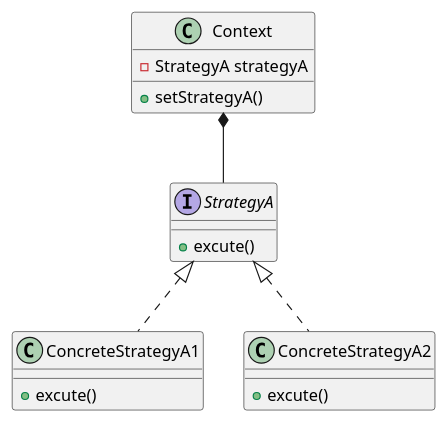
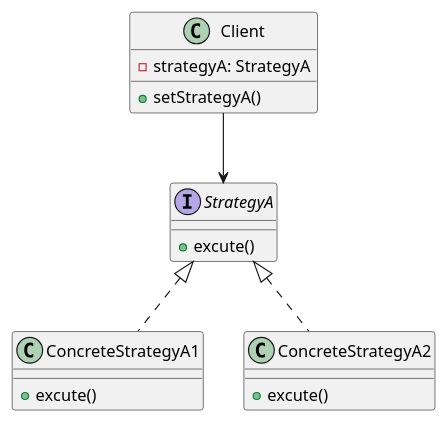
Before and after one commit to vomvoru/vomvoru.github.io: the second of 4 diagrams in _posts/blog/2017-05-17-strategy-pattern.md, drawn with PlantUML. The commit also changed other lines of this file and 2 other files, not shown here.

````diff
--- a/_posts/blog/2017-05-17-strategy-pattern.md
+++ b/_posts/blog/2017-05-17-strategy-pattern.md
@@ -53,22 +54,23 @@
 ```plantuml
-class Context{
-    - StrategyA strategyA
-    + setStrategyA()
+class Client{
+    -strategyA: StrategyA
+    +setStrategyA()
 }
 
 interface StrategyA{
-    + excute()
+    +excute()
 }
 
 class ConcreteStrategyA1{
-    + excute()
+    +excute()
 }
 
 class ConcreteStrategyA2{
-    + excute()
+    +excute()
 }
 
-Context *-- StrategyA
-StrategyA <|.. ConcreteStrategyA1
-StrategyA <|.. ConcreteStrategyA2
+Client --> StrategyA
+
+ConcreteStrategyA1 .up.|> StrategyA
+ConcreteStrategyA2 .up.|> StrategyA
 ```
````
